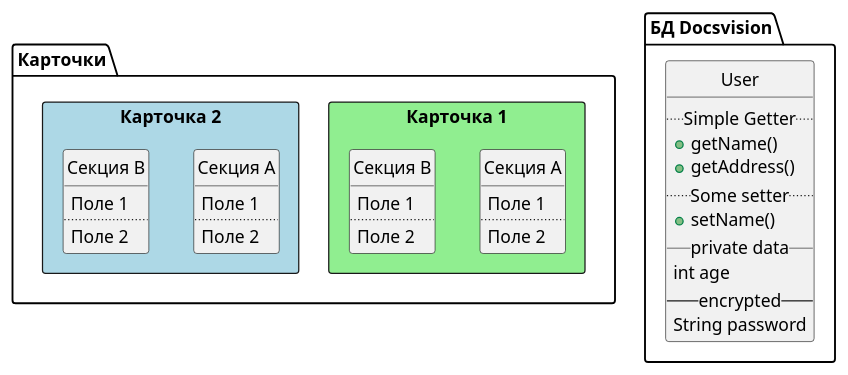
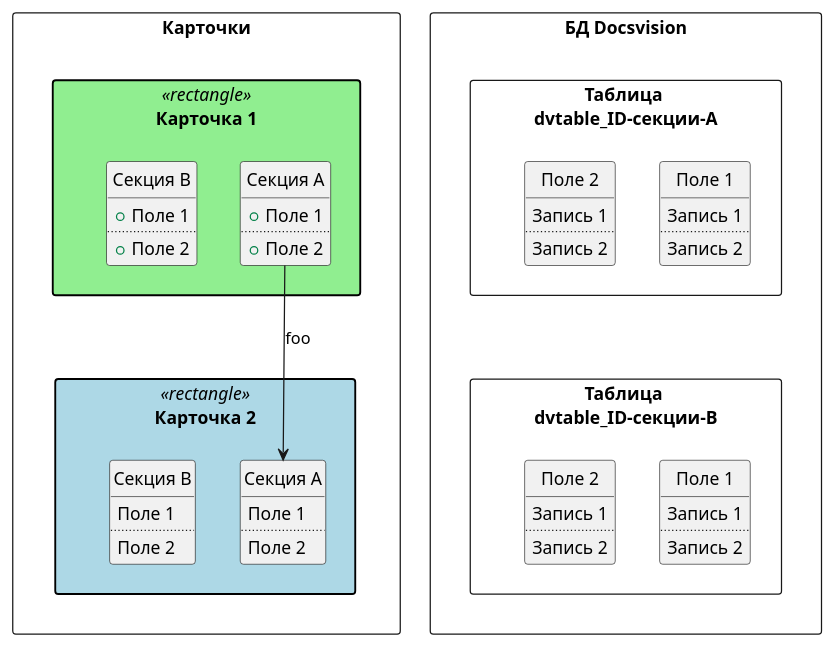
The first of 2 diagrams in system-description/modules/description/examples/db-and-cards.adoc (Docsvision/antora-playbook), drawn with PlantUML before and after one commit. The commit also changed other lines of this file and 22 other files, not shown here.

Commit message:
Диаграммы и доработки

```diff
--- a/system-description/modules/description/examples/db-and-cards.adoc
+++ b/system-description/modules/description/examples/db-and-cards.adoc
@@ -3,53 +3,78 @@
 [plantuml, svg]
 ....
 @startuml
 hide circles
 
-package "Карточки" {
-package "Карточка 1" as c1 <<rectangle>> #lightgreen {
+package "Карточки" <<rectangle>> {
+namespace "Карточка 1" as c1 <<rectangle>> #lightgreen {
 class "Секция А" as c1sa {
-  Поле 1
+  + Поле 1
   ..
-  Поле 2
+  + Поле 2
 }
 
 class "Секция B" as c1sb {
-  Поле 1
+  + Поле 1
   ..
-  Поле 2
+  + Поле 2
 }
 }
 
-package "Карточка 2" as c2 <<rectangle>> #lightblue {
+namespace "Карточка 2" as c2 <<rectangle>> #lightblue {
 
 class "Секция А" as c2sa {
   Поле 1
   ..
   Поле 2
 }
 
 class "Секция B" as c2sb {
   Поле 1
   ..
   Поле 2
 }
 }
+c1.c1sa --> c2.c2sa : foo
 }
 
-package "БД Docsvision"{
 
-class User {
-  .. Simple Getter ..
-  + getName()
-  + getAddress()
-  .. Some setter ..
-  + setName()
-  __ private data __
-  int age
-  -- encrypted --
-  String password
+c1 -[hidden]-> c2
+
+
+package "БД Docsvision" as db <<rectangle>> {
+
+package "Таблица \ndvtable_ID-секции-A" as t1 <<rectangle>> {
+
+class "Поле 1" as t1f1  {
+  Запись 1
+  ..
+  Запись 2
 }
 
+class "Поле 2" as t1f2  {
+  Запись 1
+  ..
+  Запись 2
 }
+}
+
+package "Таблица \ndvtable_ID-секции-B" as t2 <<rectangle>> {
+
+class "Поле 1" as t2f1  {
+  Запись 1
+  ..
+  Запись 2
+}
+
+class "Поле 2" as t2f2  {
+  Запись 1
+  ..
+  Запись 2
+}
+}
+
+t1 -[hidden]-> t2
+}
+
 @enduml
 ....
```
